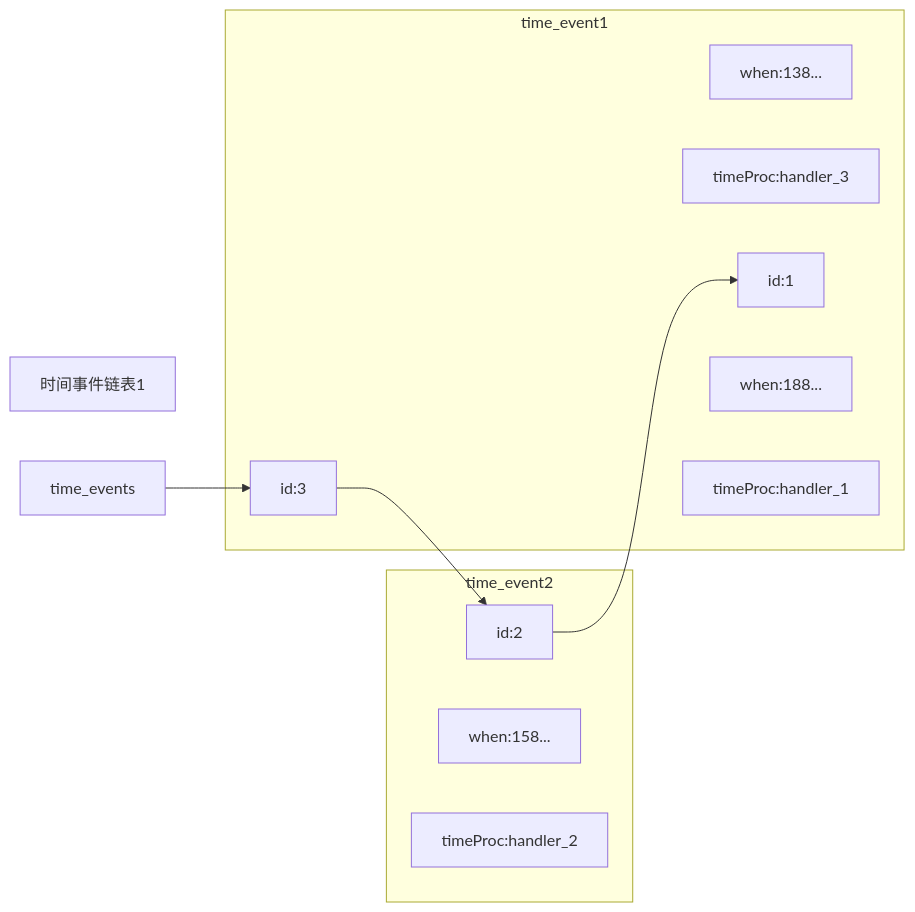
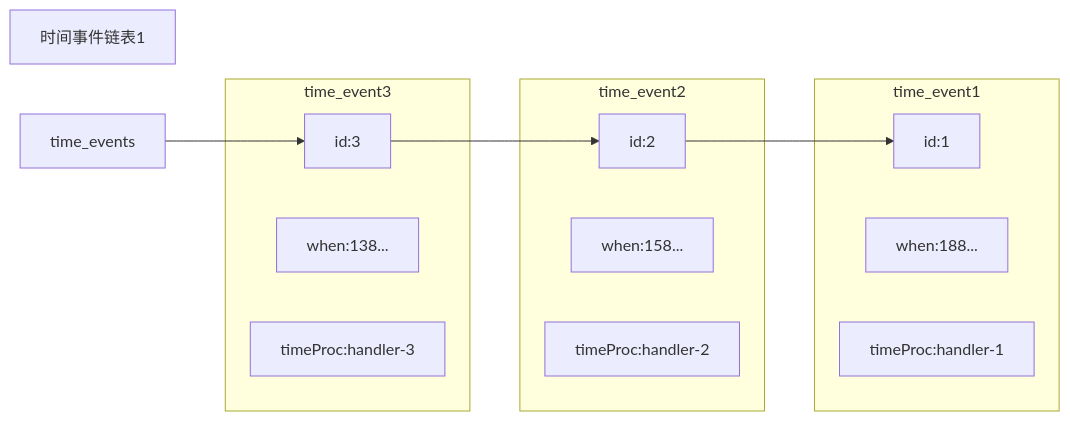
One commit to Never12581/study-demo changed the fifth of 7 diagrams in md/redis/redis-事件.md. Above: the diagram before and after it, drawn with Mermaid. The commit also changed other lines of this file and 8 other files, not shown here.

````diff
--- a/md/redis/redis-事件.md
+++ b/md/redis/redis-事件.md
@@ -250,26 +250,26 @@
 ```mermaid
 graph LR
 title[时间事件链表1]
 
 time_events --> id:3
-subgraph time_event1
+subgraph time_event3
 id:3 
 when:138...
-timeProc:handler_3
+timeProc:handler-3
 end
 
 id:3 --> id:2
 subgraph time_event2
 id:2 
 when:158...
-timeProc:handler_2
+timeProc:handler-2
 end
 
 id:2 --> id:1
 subgraph time_event1
 id:1
 when:188...
-timeProc:handler_1
+timeProc:handler-1
 end
   
 ```
````
